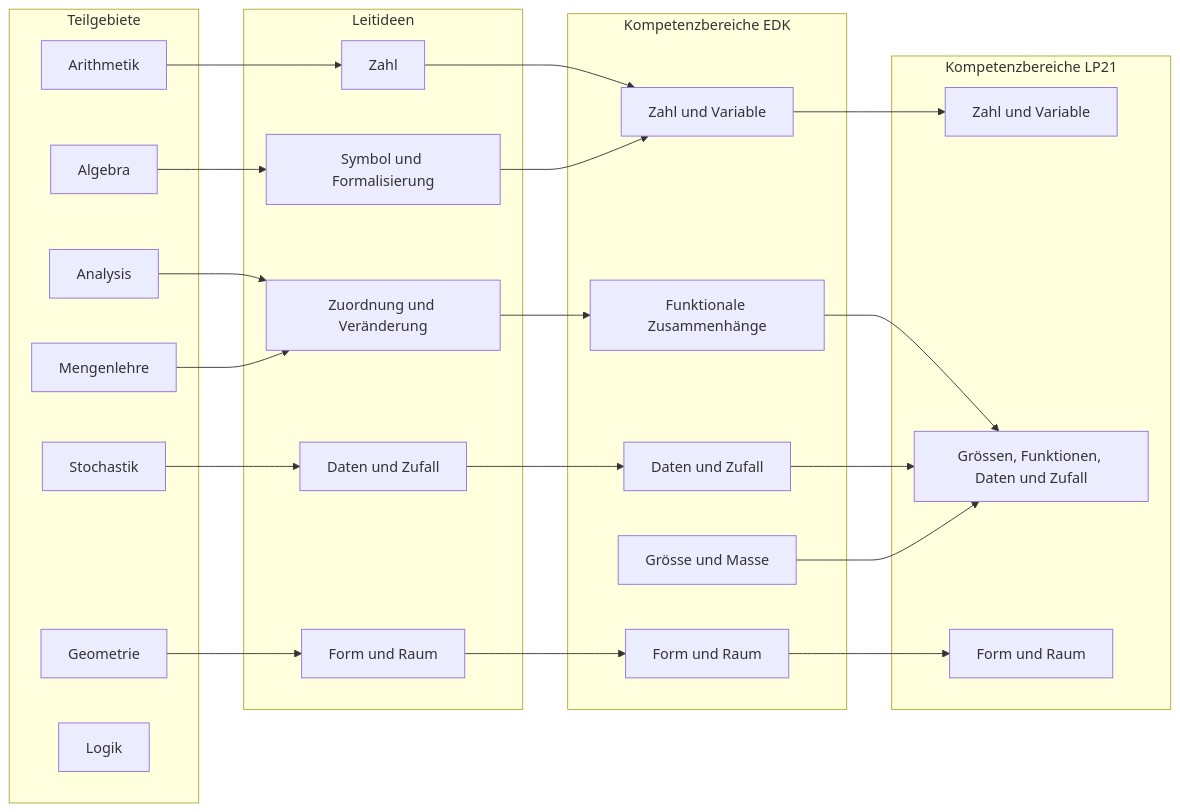
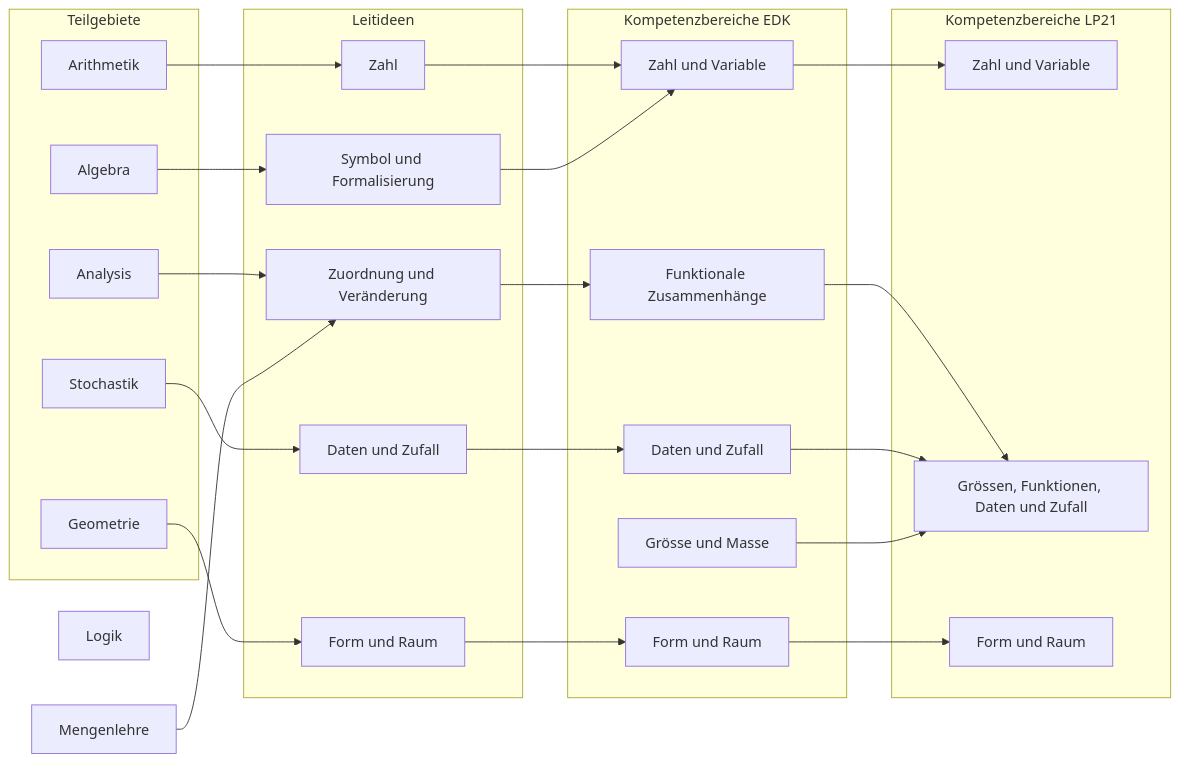
Before and after one commit to PHBern-RConrardy/lerngelegenheiten: the first of 2 diagrams in lerngelegenheiten/LG_math_summative_praes/woche_03.qmd, drawn with Mermaid. The commit also changed other lines of this file and 28 other files, not shown here.

````diff
--- a/lerngelegenheiten/LG_math_summative_praes/woche_03.qmd
+++ b/lerngelegenheiten/LG_math_summative_praes/woche_03.qmd
@@ -47,69 +51,67 @@
 ```{mermaid}
 %%| mermaid-format: png
 
 graph LR;
   b1[Arithmetik];
   b2[Stochastik];
   b3[Geometrie];
   b4[Algebra];
   b5[Analysis];
   b6[Mengenlehre];
   b7[Logik];
   
   i1[Symbol und Formalisierung];
   i2[Zuordnung und Veränderung];
   i3[Daten und Zufall];
   i4[Form und Raum];
   i5[Zahl];
   
   k1[Zahl und Variable];
   k2[Grössen, Funktionen, Daten und Zufall];
   k3[Form und Raum];
   
   edk1[Zahl und Variable];
   edk2[Form und Raum];
   edk3[Grösse und Masse];
   edk4[Funktionale Zusammenhänge];
   edk5[Daten und Zufall];
   b1-->i5-->edk1-->k1;
   b4-->i1-->edk1;
   b5-->i2-->edk4-->k2;
   b2-->i3-->edk5-->k2;
   b3-->i4-->edk2-->k3;
   edk3-->k2;
   b6-->i2;
   subgraph Teilgebiete
     b1;
     b2;
     b3;
     b4;
     b5;
-    b6;
-    b7;
   end
   subgraph B[Kompetenzbereiche EDK]
     edk1;
     edk2;
     edk3;
     edk4;
     edk5;
   end
   subgraph Leitideen
     i1;
     i2;
     i3;
     i4;
     i5;
   end
   subgraph K[Kompetenzbereiche LP21]
     k1;
     k2;
     k3;
   end
   
 classDef title font-size:14px
 classDef padding stroke:none,fill:none
 
 class main title
 class padding padding
 ```
````
